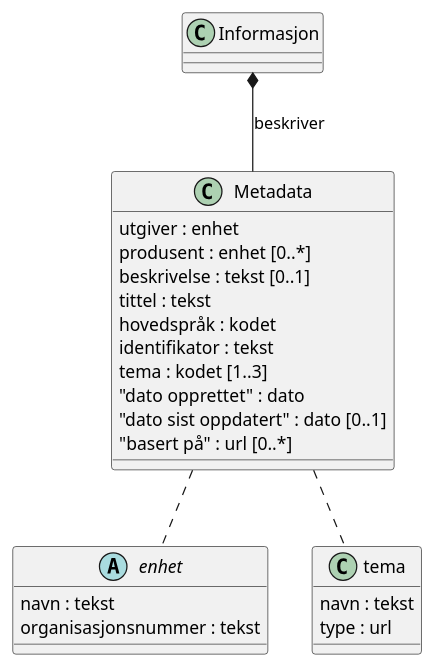
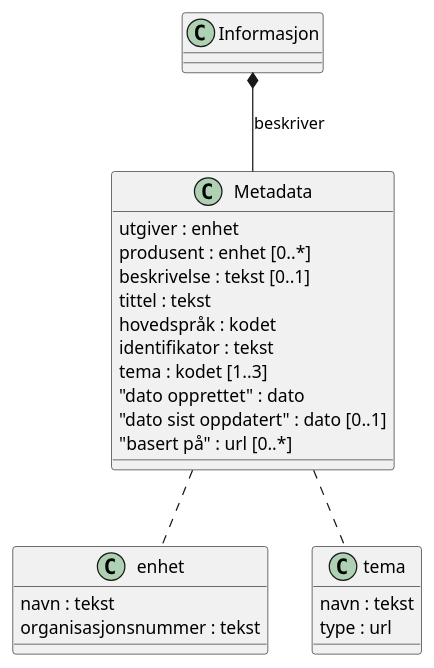
One commit to rockphotog/hida changed the diagram in diagrams/veileder.plantuml. Above: the diagram before and after it, drawn with PlantUML. The commit also changed 1 other file, not shown here.

Commit message:
enhet ikke abstrakt

```diff
--- a/diagrams/veileder.plantuml
+++ b/diagrams/veileder.plantuml
@@ -1,31 +1,31 @@
 @startuml
 
 class Informasjon
 class Metadata {
 utgiver : enhet
 produsent : enhet [0..*]
 beskrivelse : tekst [0..1]
 tittel : tekst
 hovedspråk : kodet
 identifikator : tekst
 tema : kodet [1..3]
 "dato opprettet" : dato
 "dato sist oppdatert" : dato [0..1]
 "basert på" : url [0..*]
 }
 
-abstract class enhet {
+class enhet {
 navn : tekst
 organisasjonsnummer : tekst
 }
 
 class tema {
     navn : tekst
     type : url
 }
 
 Informasjon *-- Metadata : beskriver
 Metadata .. enhet
 Metadata .. tema
 
 @enduml
```
